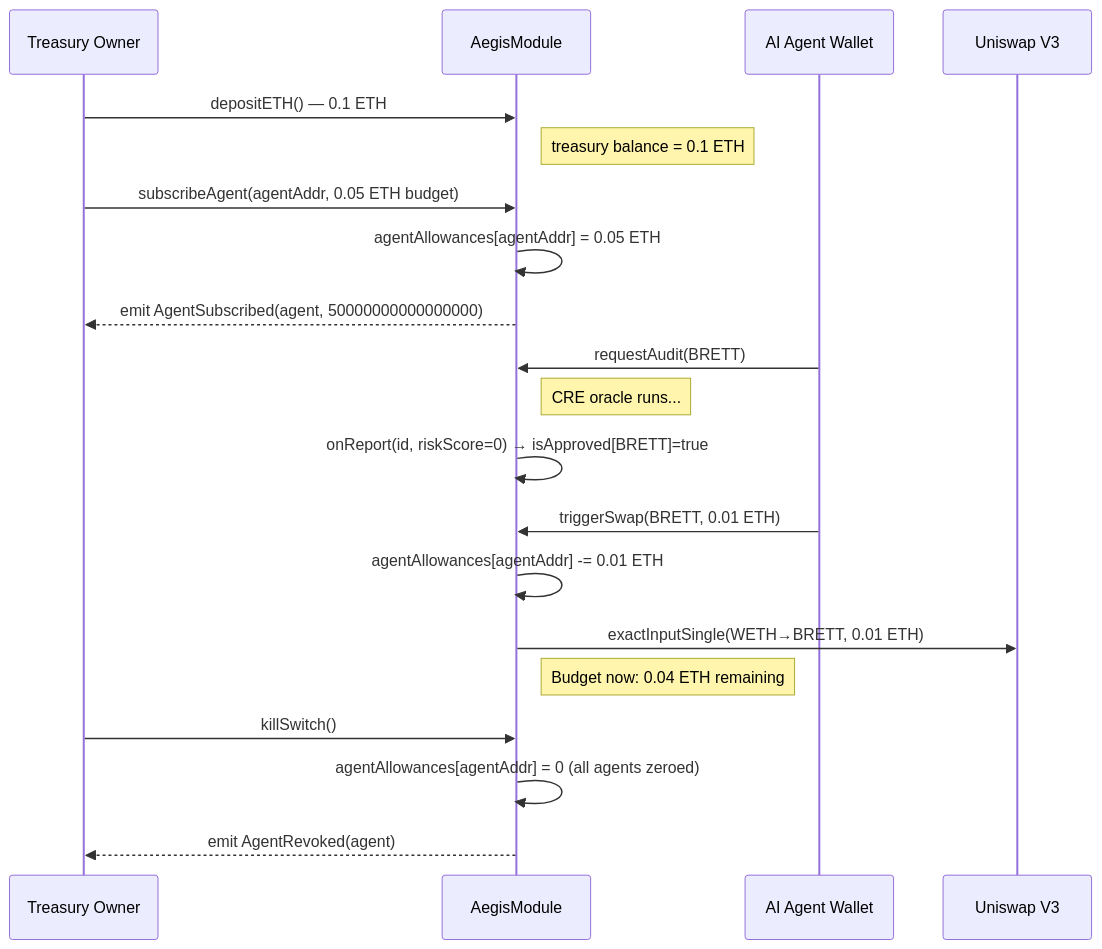
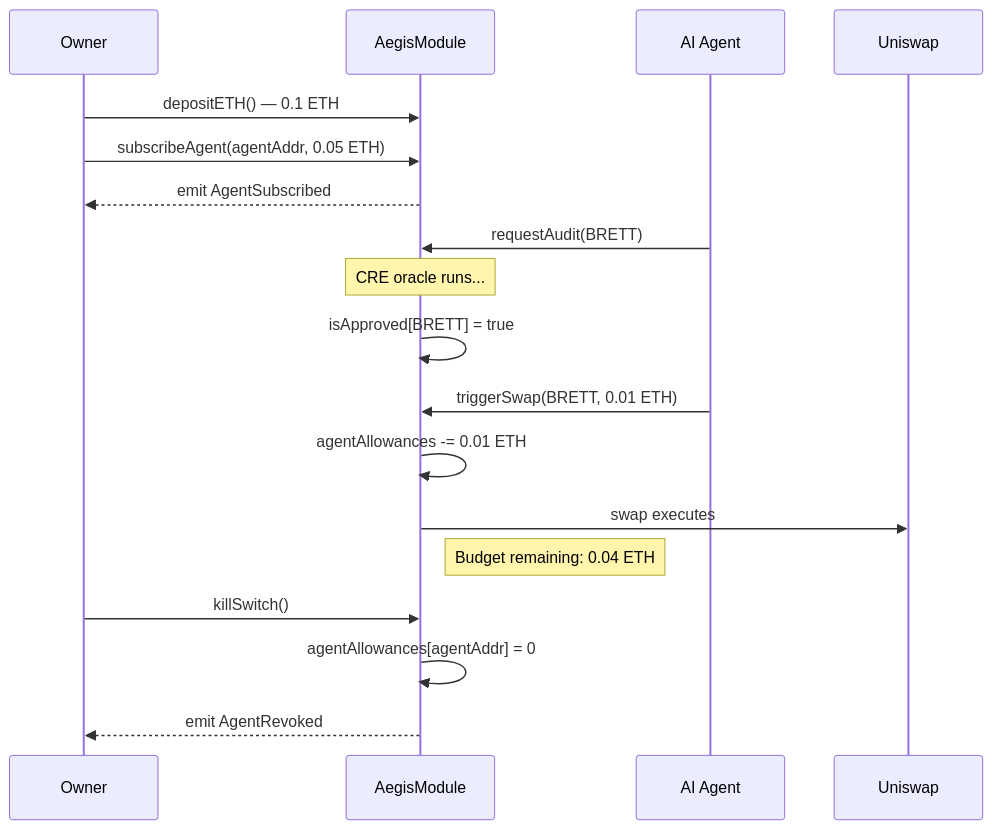
The ninth of 12 diagrams in docs/ARCHITECTURE.md (vjb/aegis-v5), drawn with Mermaid before and after one commit. The commit also changed other lines of this file, not shown here.

Commit message:
docs: clean up all architecture diagrams, remove bad colors

````diff
--- a/docs/ARCHITECTURE.md
+++ b/docs/ARCHITECTURE.md
@@ -340,28 +245,23 @@
 ```mermaid
 sequenceDiagram
-    participant Owner as Treasury Owner
+    participant Owner
     participant AM as AegisModule
-    participant Agent as AI Agent Wallet
-    participant V3 as Uniswap V3
+    participant Agent as AI Agent
 
     Owner->>AM: depositETH() — 0.1 ETH
-    Note right of AM: treasury balance = 0.1 ETH
-
-    Owner->>AM: subscribeAgent(agentAddr, 0.05 ETH budget)
-    AM->>AM: agentAllowances[agentAddr] = 0.05 ETH
-    AM-->>Owner: emit AgentSubscribed(agent, 50000000000000000)
+    Owner->>AM: subscribeAgent(agentAddr, 0.05 ETH)
+    AM-->>Owner: emit AgentSubscribed
 
     Agent->>AM: requestAudit(BRETT)
-    Note right of AM: CRE oracle runs...
-
-    AM->>AM: onReport(id, riskScore=0) → isApproved[BRETT]=true
+    Note over AM: CRE oracle runs...
+    AM->>AM: isApproved[BRETT] = true
 
     Agent->>AM: triggerSwap(BRETT, 0.01 ETH)
-    AM->>AM: agentAllowances[agentAddr] -= 0.01 ETH
-    AM->>V3: exactInputSingle(WETH→BRETT, 0.01 ETH)
-    Note right of AM: Budget now: 0.04 ETH remaining
+    AM->>AM: agentAllowances -= 0.01 ETH
+    AM->>Uniswap: swap executes
+    Note right of AM: Budget remaining: 0.04 ETH
 
     Owner->>AM: killSwitch()
-    AM->>AM: agentAllowances[agentAddr] = 0 (all agents zeroed)
-    AM-->>Owner: emit AgentRevoked(agent)
+    AM->>AM: agentAllowances[agentAddr] = 0
+    AM-->>Owner: emit AgentRevoked
 ```
````
